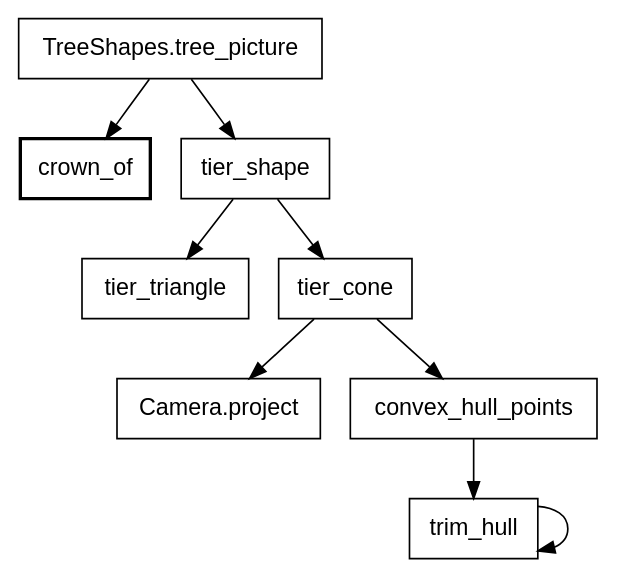
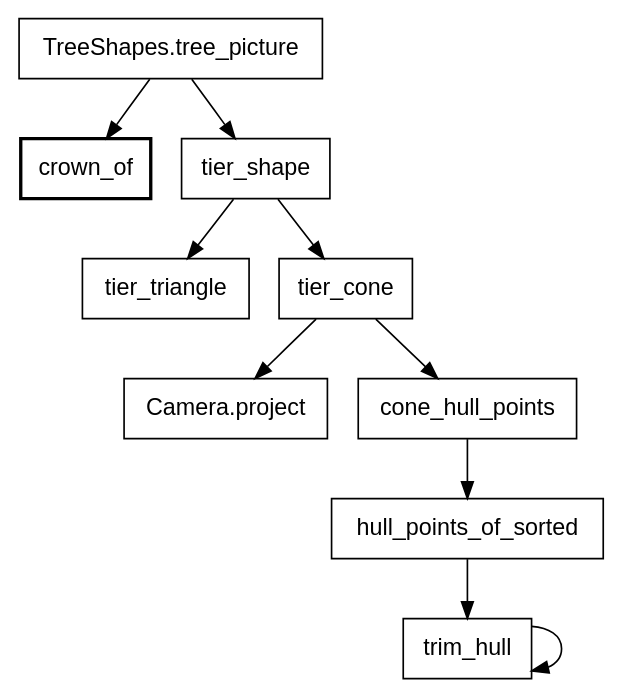
Before and after one commit to showell/roc-apps: the eighth of 30 diagrams in canvas_apps/safari/tutorial/tutorial.md, drawn with Graphviz. The commit also changed other lines of this file, not shown here.

````diff
--- a/canvas_apps/safari/tutorial/tutorial.md
+++ b/canvas_apps/safari/tutorial/tutorial.md
@@ -575,14 +575,15 @@
 ```dot
 digraph cone {
   node [shape=box, fontname="Helvetica"];
   "TreeShapes.tree_picture" -> "crown_of";
   "TreeShapes.tree_picture" -> "tier_shape";
   "tier_shape" -> "tier_triangle";
   "tier_shape" -> "tier_cone";
   "tier_cone" -> "Camera.project";
-  "tier_cone" -> "convex_hull_points";
-  "convex_hull_points" -> "trim_hull";
+  "tier_cone" -> "cone_hull_points";
+  "cone_hull_points" -> "hull_points_of_sorted";
+  "hull_points_of_sorted" -> "trim_hull";
   "trim_hull" -> "trim_hull";
   "crown_of" [style=bold];
 }
 ```
````
